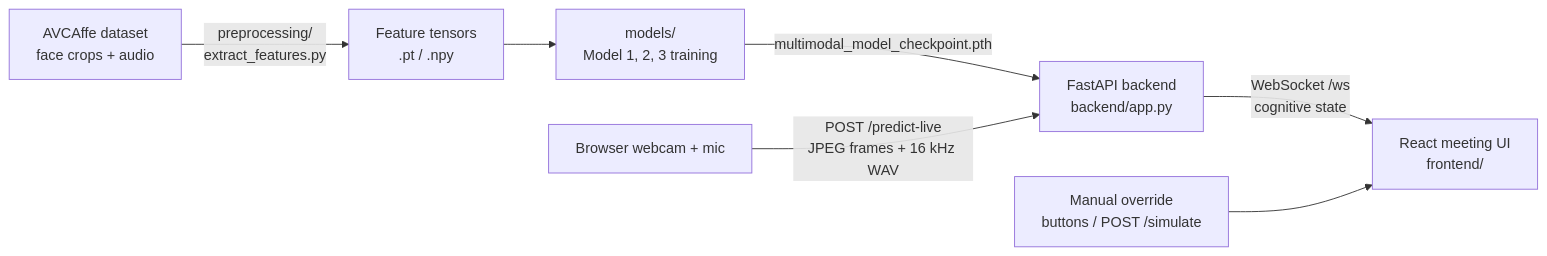
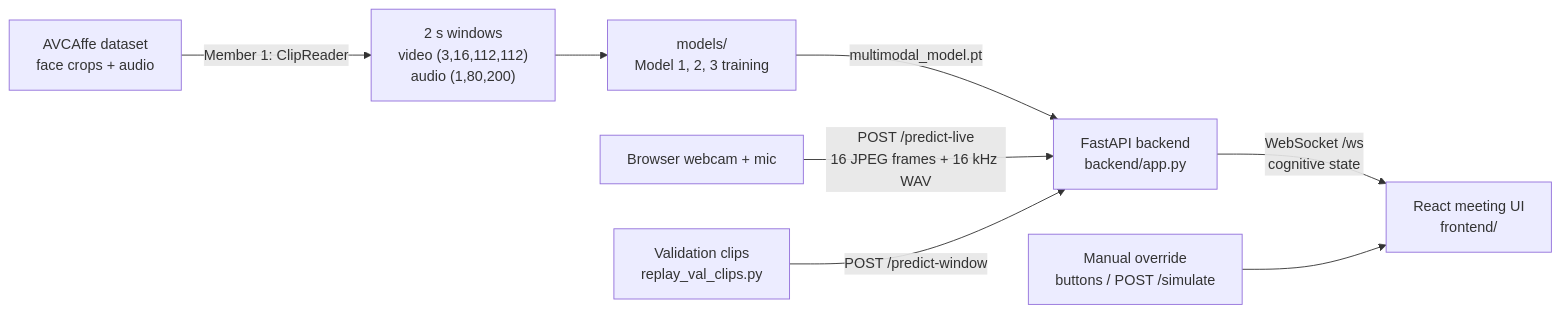
Before and after one commit to Rhy404/Affect-Aware-Dynamic-UI: the diagram in README.md, drawn with Mermaid. The commit also changed other lines of this file and 10 other files, not shown here.

First line of the commit message:
Member 4: adapt backend + live sensing to Member 1's data format

````diff
--- a/README.md
+++ b/README.md
@@ -15,9 +15,10 @@
 ```mermaid
 flowchart LR
-    A[AVCAffe dataset<br/>face crops + audio] -->|preprocessing/<br/>extract_features.py| B[Feature tensors<br/>.pt / .npy]
+    A[AVCAffe dataset<br/>face crops + audio] -->|Member 1: ClipReader| B["2 s windows<br/>video (3,16,112,112)<br/>audio (1,80,200)"]
     B --> C[models/<br/>Model 1, 2, 3 training]
-    C -->|multimodal_model_checkpoint.pth| D[FastAPI backend<br/>backend/app.py]
-    E[Browser webcam + mic] -->|POST /predict-live<br/>JPEG frames + 16 kHz WAV| D
+    C -->|multimodal_model.pt| D[FastAPI backend<br/>backend/app.py]
+    E[Browser webcam + mic] -->|POST /predict-live<br/>16 JPEG frames + 16 kHz WAV| D
+    H[Validation clips<br/>replay_val_clips.py] -->|POST /predict-window| D
     D -->|WebSocket /ws<br/>cognitive state| F[React meeting UI<br/>frontend/]
     G[Manual override<br/>buttons / POST /simulate] --> F
 ```
````
